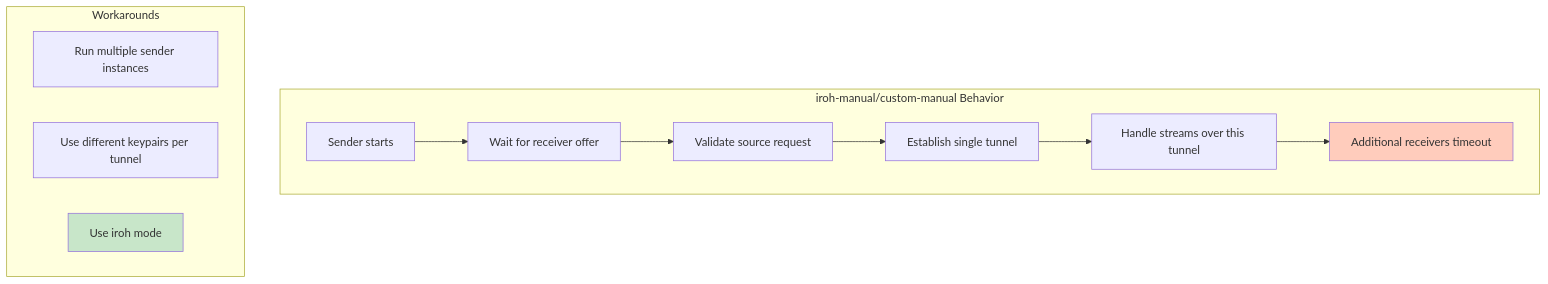
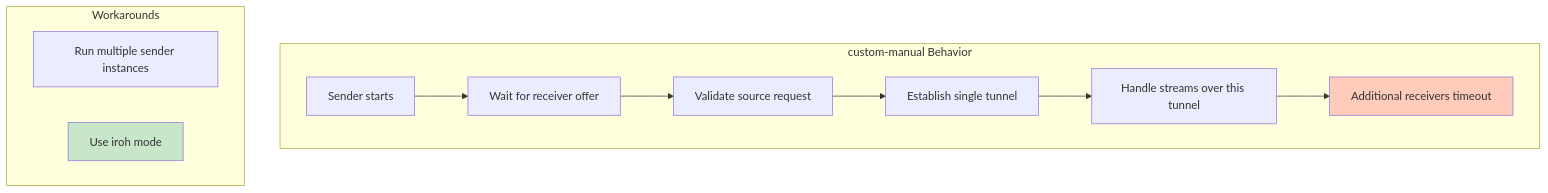
Before and after one commit to andrewtheguy/vpn-rs: diagram 36 of 36 in docs/ARCHITECTURE.md, drawn with Mermaid. The commit also changed other lines of this file and 14 other files, not shown here.

First line of the commit message:
Refactor: Remove iroh-manual mode and related configurations

````diff
--- a/docs/ARCHITECTURE.md
+++ b/docs/ARCHITECTURE.md
@@ -1721,19 +1514,18 @@
 ```mermaid
 graph TB
-    subgraph "iroh-manual/custom-manual Behavior"
+    subgraph "custom-manual Behavior"
         A[Sender starts] --> B[Wait for receiver offer]
         B --> C[Validate source request]
         C --> D[Establish single tunnel]
         D --> E[Handle streams over this tunnel]
         E --> F[Additional receivers timeout]
     end
 
     subgraph "Workarounds"
         G[Run multiple sender instances]
-        H[Use different keypairs per tunnel]
         I[Use iroh mode]
     end
 
     style F fill:#FFCCBC
     style I fill:#C8E6C9
 ```
````
